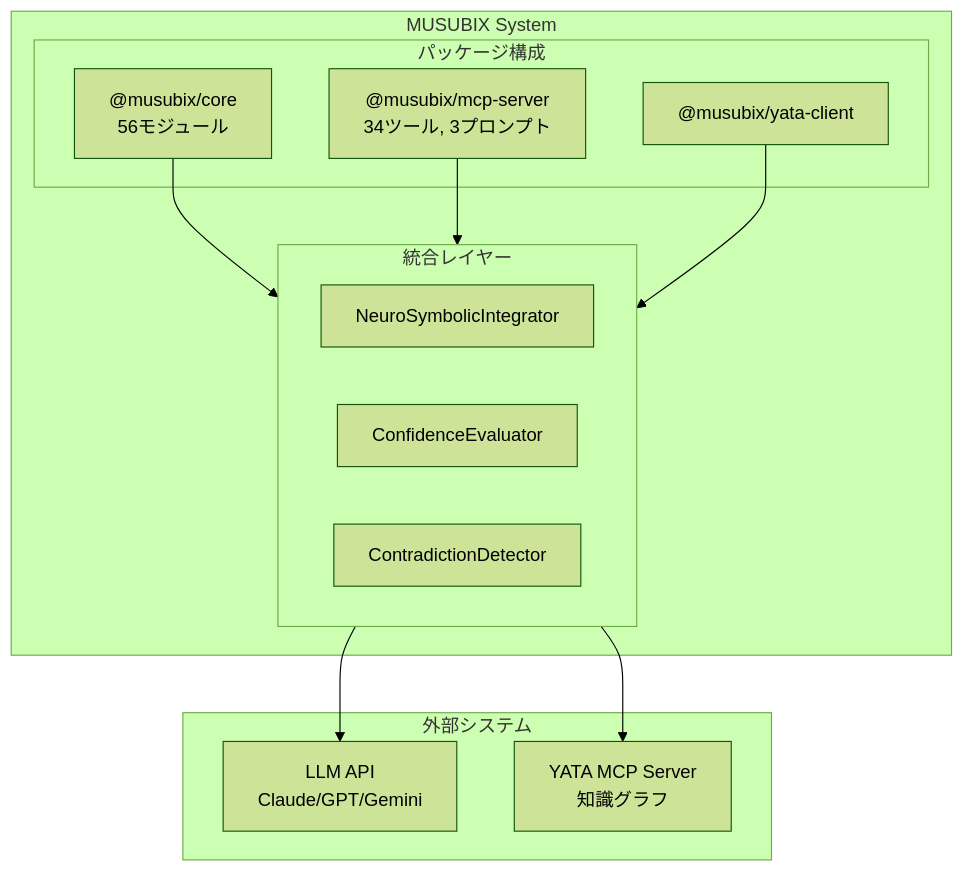
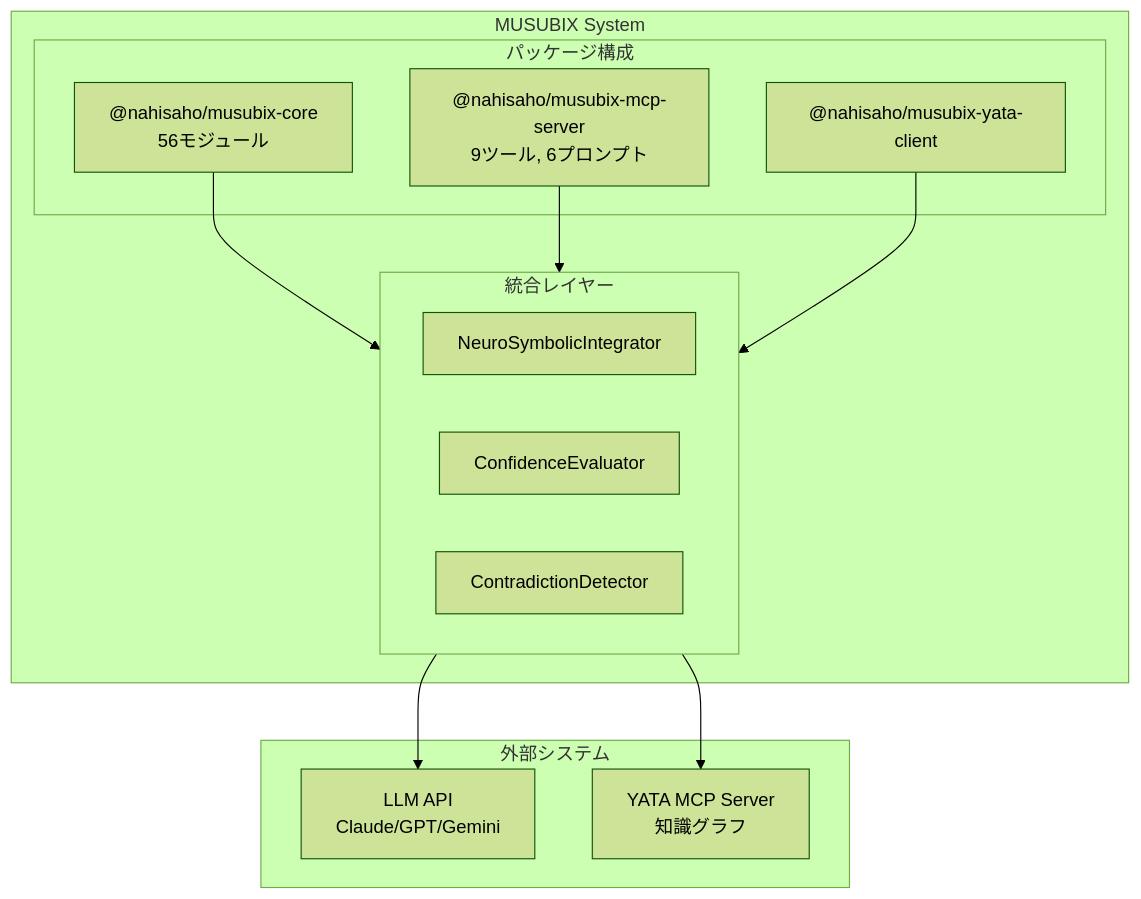
One commit to Takashi-So/MUSUBIX changed the ninth of 17 diagrams in docs/evolution-from-musubi-to-musubix.md. Above: the diagram before and after it, drawn with Mermaid (forest theme). The commit also changed other lines of this file and 59 other files, not shown here.

````diff
--- a/docs/evolution-from-musubi-to-musubix.md
+++ b/docs/evolution-from-musubi-to-musubix.md
@@ -274,28 +274,28 @@
 ```mermaid
 flowchart TB
     subgraph MUSUBIX["MUSUBIX System"]
         subgraph Packages["パッケージ構成"]
-            Core["@musubix/core<br/>56モジュール"]
-            MCP["@musubix/mcp-server<br/>34ツール, 3プロンプト"]
-            YATA_Client["@musubix/yata-client"]
+            Core["@nahisaho/musubix-core<br/>56モジュール"]
+            MCP["@nahisaho/musubix-mcp-server<br/>9ツール, 6プロンプト"]
+            YATA_Client["@nahisaho/musubix-yata-client"]
         end
         
         subgraph Integration["統合レイヤー"]
             NSI["NeuroSymbolicIntegrator"]
             CE["ConfidenceEvaluator"]
             CD["ContradictionDetector"]
         end
         
         Core --> Integration
         MCP --> Integration
         YATA_Client --> Integration
     end
     
     subgraph External["外部システム"]
         LLM["LLM API<br/>Claude/GPT/Gemini"]
         YATA_Server["YATA MCP Server<br/>知識グラフ"]
     end
     
     Integration --> LLM
     Integration --> YATA_Server
 ```
````
